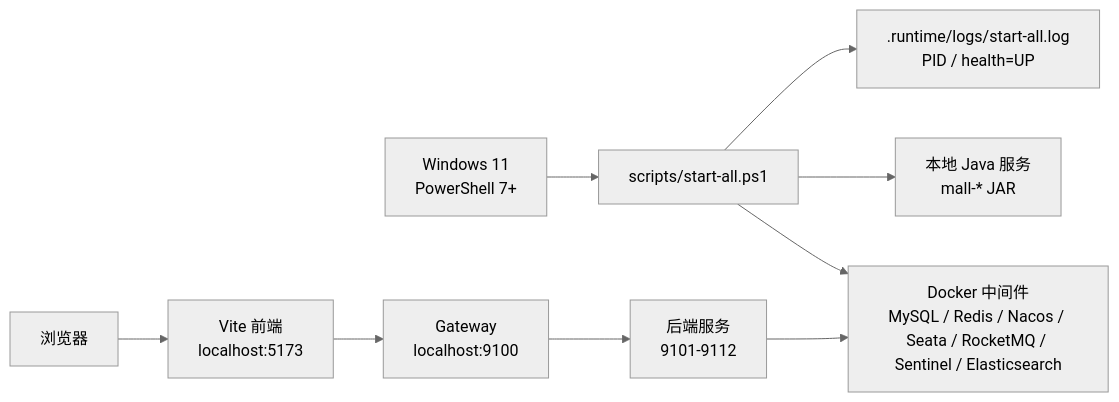
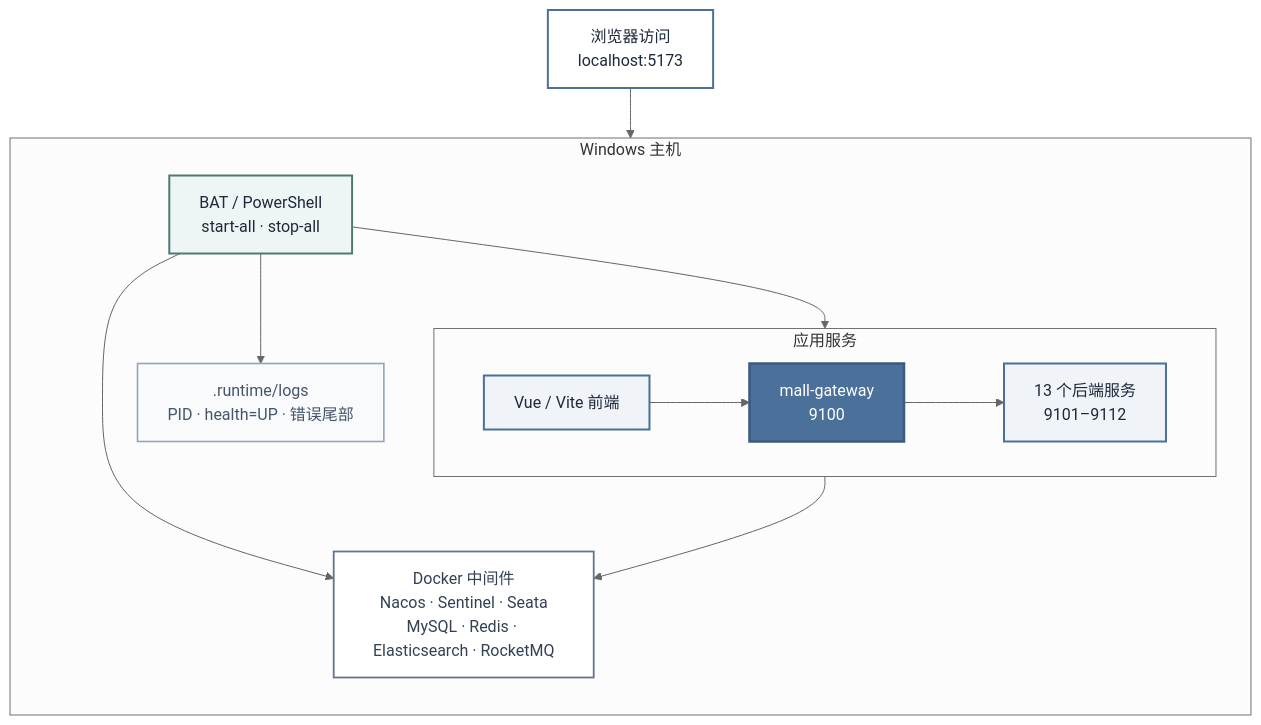
Before and after one commit to zyyyyynnn/Microservices-Final-Project: the diagram in docs/diagrams/mmd/07-local-deployment.mmd, drawn with Mermaid (neutral theme). The commit also changed 25 other files, not shown here.

Commit message:
docs(diagrams): redraw final delivery diagrams with high-resolution exports

```diff
--- a/docs/diagrams/mmd/07-local-deployment.mmd
+++ b/docs/diagrams/mmd/07-local-deployment.mmd
@@ -1,10 +1,29 @@
-flowchart LR
-  Dev["Windows 11<br/>PowerShell 7+"] --> Start["scripts/start-all.ps1"]
-  Start --> Docker["Docker 中间件<br/>MySQL / Redis / Nacos / Seata / RocketMQ / Sentinel / Elasticsearch"]
-  Start --> Jars["本地 Java 服务<br/>mall-* JAR"]
-  Start --> Logs[".runtime/logs/start-all.log<br/>PID / health=UP"]
+flowchart TB
+  BROWSER["浏览器访问<br/>localhost:5173"]:::access
 
-  Browser["浏览器"] --> Frontend["Vite 前端<br/>localhost:5173"]
-  Frontend --> Gateway["Gateway<br/>localhost:9100"]
-  Gateway --> Services["后端服务<br/>9101-9112"]
-  Services --> Docker
+  subgraph HOST["Windows 主机"]
+    direction TB
+    ENTRY["BAT / PowerShell<br/>start-all · stop-all"]:::script
+
+    subgraph RUNTIME["应用服务"]
+      direction LR
+      FRONTEND["Vue / Vite 前端"]:::app --> GATEWAY["mall-gateway<br/>9100"]:::gateway
+      GATEWAY --> SERVICES["13 个后端服务<br/>9101–9112"]:::app
+    end
+
+    DOCKER["Docker 中间件<br/>Nacos · Sentinel · Seata<br/>MySQL · Redis · Elasticsearch · RocketMQ"]:::infra
+    LOGS[".runtime/logs<br/>PID · health=UP · 错误尾部"]:::log
+  end
+
+  BROWSER --> FRONTEND
+  ENTRY --> FRONTEND
+  ENTRY --> DOCKER
+  ENTRY --> LOGS
+  SERVICES --> DOCKER
+
+  classDef access fill:#ffffff,stroke:#4b7099,color:#1e293b,stroke-width:2px;
+  classDef script fill:#edf6f5,stroke:#4f7a74,color:#1e293b,stroke-width:2px;
+  classDef app fill:#f0f4f8,stroke:#4b7099,color:#1e293b,stroke-width:2px;
+  classDef gateway fill:#4b7099,stroke:#3b5a7d,color:#ffffff,stroke-width:2.5px;
+  classDef infra fill:#ffffff,stroke:#64748b,color:#334155,stroke-width:1.8px;
+  classDef log fill:#f8fafc,stroke:#94a3b8,color:#475569,stroke-width:1.6px;
```
